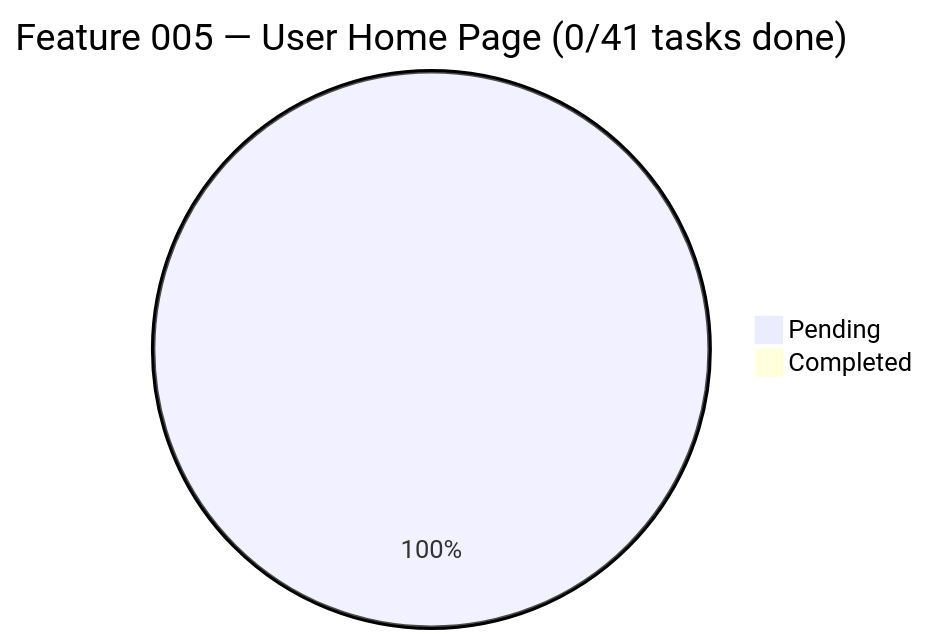
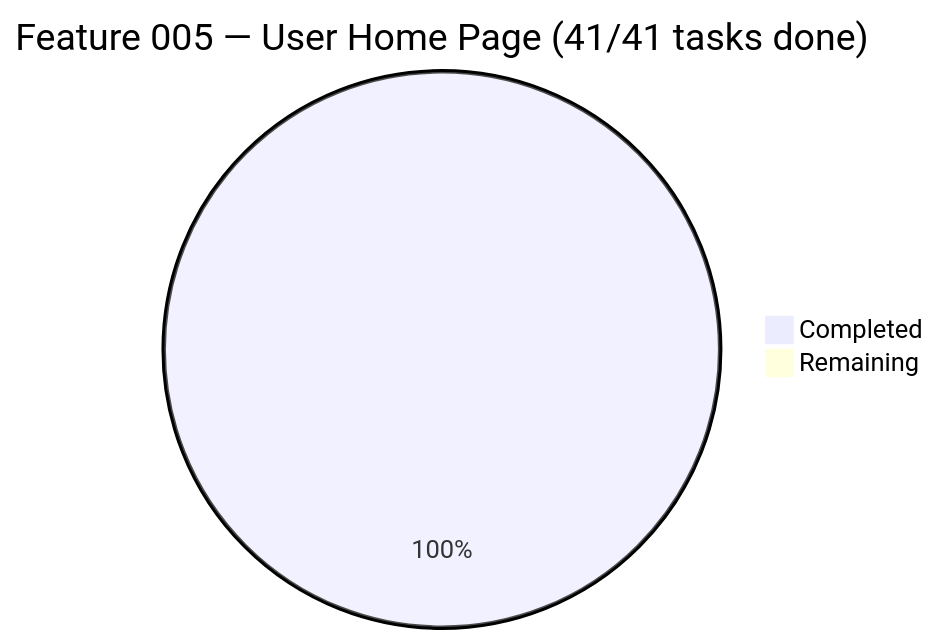
Before and after one commit to Anton-Ch/resumainer-java-vue-web-app: the second of 2 diagrams in specs/005-user-home-page/feature-progress-diagram.md, drawn with Mermaid. The commit also changed other lines of this file and 6 other files, not shown here.

First line of the commit message:
docs(005-home): finalize feature documentation and mark specification as Approved

````diff
--- a/specs/005-user-home-page/feature-progress-diagram.md
+++ b/specs/005-user-home-page/feature-progress-diagram.md
@@ -51,5 +51,5 @@
 ```mermaid
-pie title Feature 005 — User Home Page (0/41 tasks done)
-    "Pending" : 41
-    "Completed" : 0
+pie title Feature 005 — User Home Page (41/41 tasks done)
+    "Completed" : 41
+    "Remaining" : 0
 ```
````
